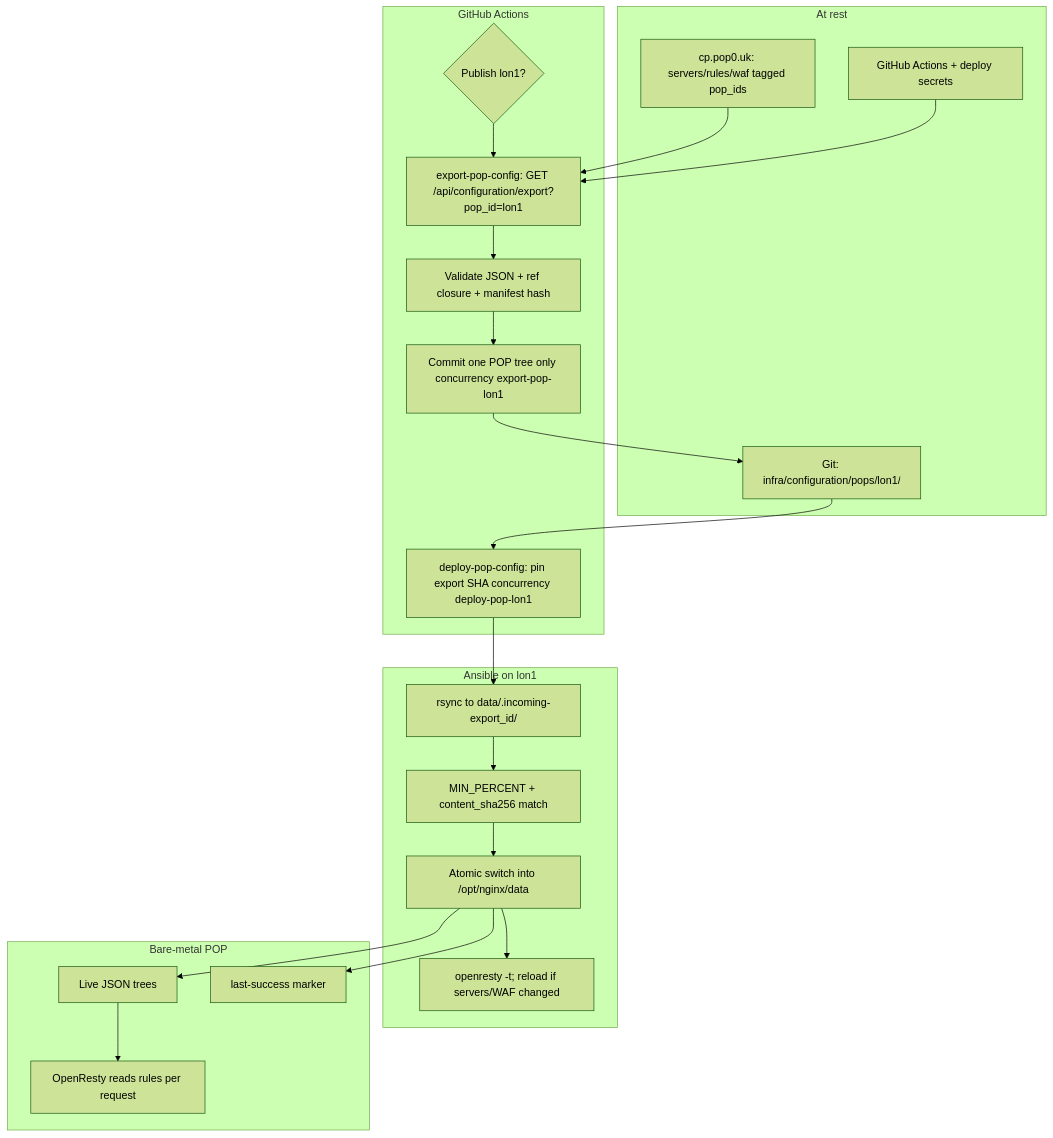
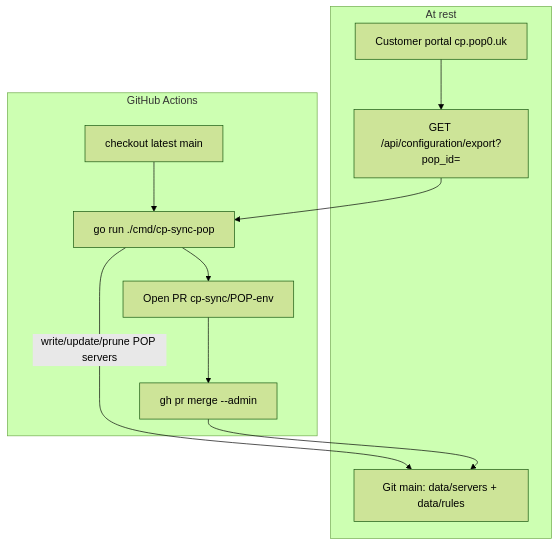
The first of 2 diagrams in infra/configuration/README.md (bwalia/wslproxy), drawn with Mermaid (forest theme) before and after one commit. The commit also changed other lines of this file and 4 other files, not shown here.

First line of the commit message:
feat(config): Go cp-sync-pop writes CP SoT into data/ via PR

````diff
--- a/infra/configuration/README.md
+++ b/infra/configuration/README.md
@@ -60,39 +30,21 @@
 ```mermaid
 flowchart TD
   subgraph atRest [At rest]
-    CP["cp.pop0.uk: servers/rules/waf tagged pop_ids"]
-    Git["Git: infra/configuration/pops/lon1/"]
-    GH["GitHub Actions + deploy secrets"]
+    Portal["Customer portal cp.pop0.uk"]
+    CPAPI["GET /api/configuration/export?pop_id="]
+    Main["Git main: data/servers + data/rules"]
   end
 
   subgraph gha [GitHub Actions]
-    Pub{"Publish lon1?"}
-    Export["export-pop-config: GET /api/configuration/export?pop_id=lon1"]
-    Validate["Validate JSON + ref closure + manifest hash"]
-    Commit["Commit one POP tree only concurrency export-pop-lon1"]
-    Deploy["deploy-pop-config: pin export SHA concurrency deploy-pop-lon1"]
+    Checkout["checkout latest main"]
+    Go["go run ./cmd/cp-sync-pop"]
+    PR["Open PR cp-sync/POP-env"]
+    Merge["gh pr merge --admin"]
   end
 
-  subgraph apply [Ansible on lon1]
-    Incoming["rsync to data/.incoming-export_id/"]
-    Guard["MIN_PERCENT + content_sha256 match"]
-    Swap["Atomic switch into /opt/nginx/data"]
-    Reload["openresty -t; reload if servers/WAF changed"]
-  end
-
-  subgraph edge [Bare-metal POP]
-    Live["Live JSON trees"]
-    OR["OpenResty reads rules per request"]
-    Marker["last-success marker"]
-  end
-
-  CP --> Export
-  Pub --> Export
-  GH --> Export
-  Export --> Validate --> Commit --> Git
-  Git --> Deploy
-  Deploy --> Incoming --> Guard --> Swap --> Live
-  Swap --> Reload
-  Swap --> Marker
-  Live --> OR
+  Portal --> CPAPI
+  Checkout --> Go
+  CPAPI --> Go
+  Go -->|"write/update/prune POP servers"| Main
+  Go --> PR --> Merge --> Main
 ```
````
